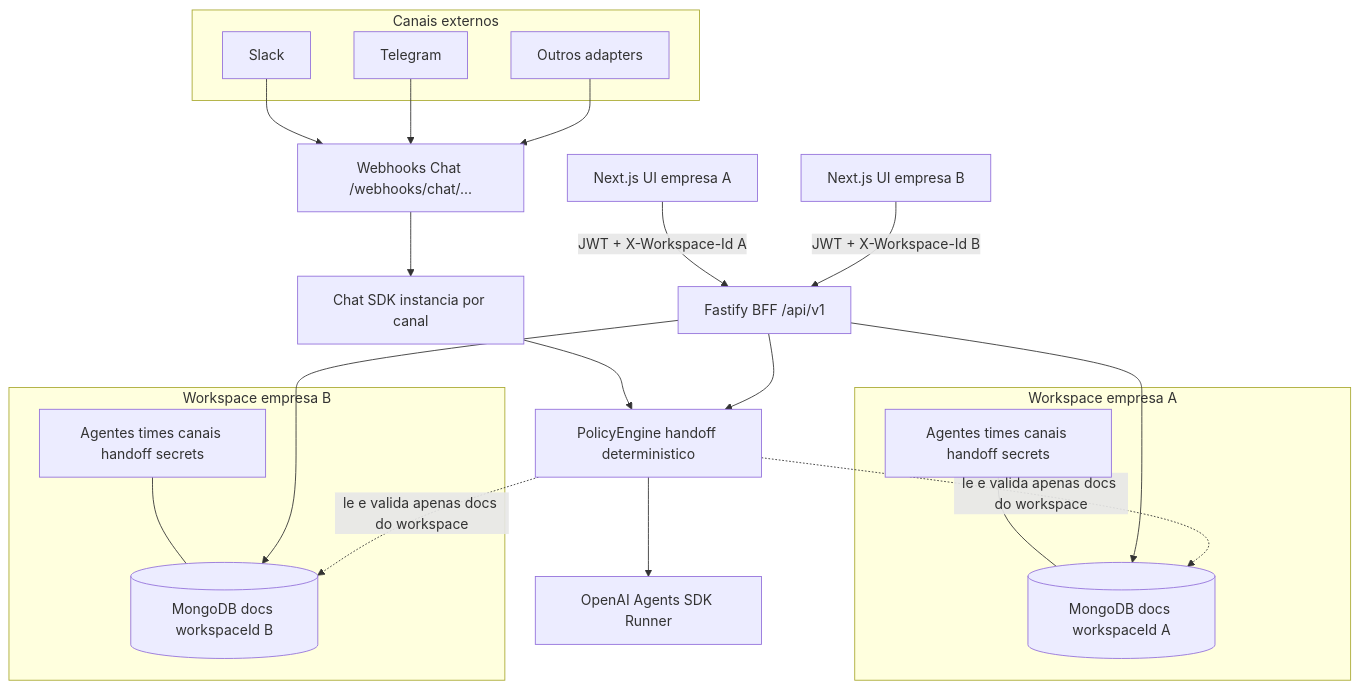
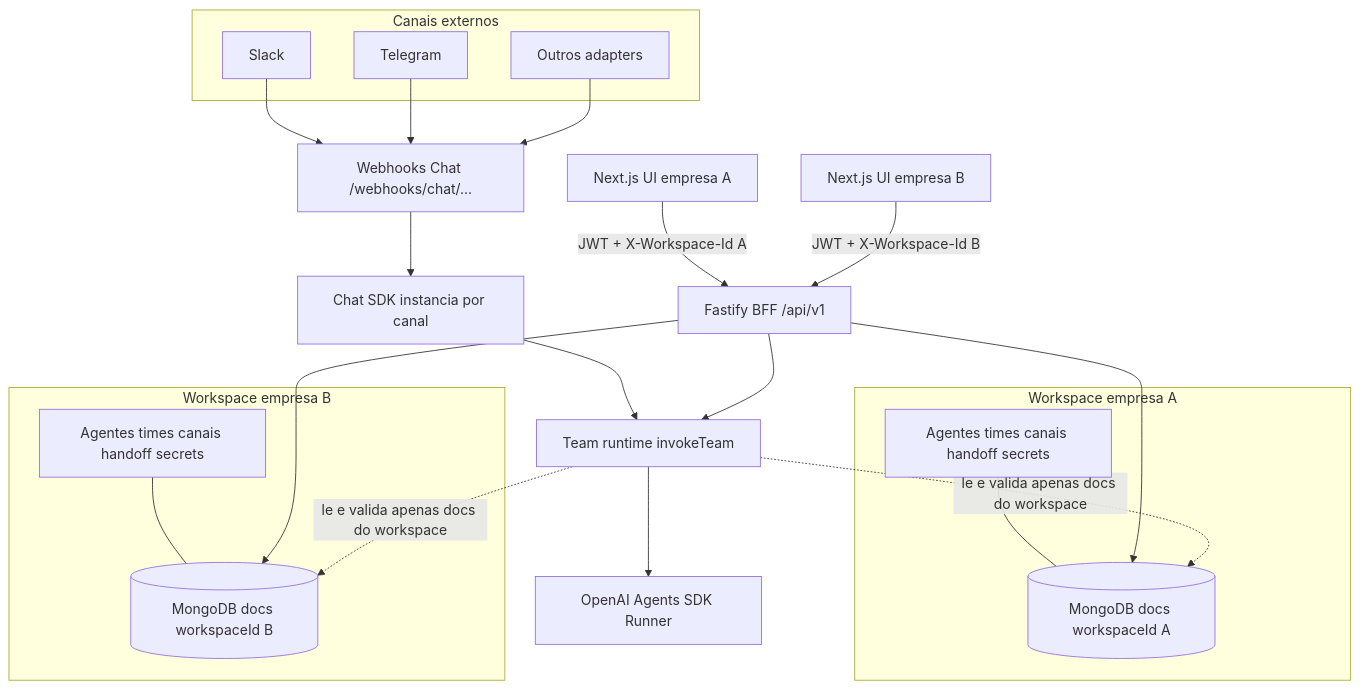
Before and after one commit to whitebeardit/agents-team-crafter: the diagram in v0-team-ai-crafter/docs/AGENTS.md, drawn with Mermaid. The commit also changed other lines of this file and 67 other files, not shown here.

First line of the commit message:
refactor(runtime): remove handoff DSL legacy, add team-runtime module

````diff
--- a/v0-team-ai-crafter/docs/AGENTS.md
+++ b/v0-team-ai-crafter/docs/AGENTS.md
@@ -33,50 +33,50 @@
 ```mermaid
 flowchart TB
   subgraph extChannels [Canais externos]
     Slack[Slack]
     Telegram[Telegram]
     Other[Outros adapters]
   end
 
   subgraph tenantA [Workspace empresa A]
     MongoA[(MongoDB docs workspaceId A)]
     ConfigA[Agentes times canais handoff secrets]
     ConfigA --- MongoA
   end
 
   subgraph tenantB [Workspace empresa B]
     MongoB[(MongoDB docs workspaceId B)]
     ConfigB[Agentes times canais handoff secrets]
     ConfigB --- MongoB
   end
 
   FrontendA[Next.js UI empresa A]
   FrontendB[Next.js UI empresa B]
 
   Api[Fastify BFF /api/v1]
 
   WebhookIngress[Webhooks Chat /webhooks/chat/...]
 
   ChatSDK[Chat SDK instancia por canal]
-  PolicyHandoff[PolicyEngine handoff deterministico]
+  TeamRuntime[Team runtime invokeTeam]
   OpenAIAgentsSDK[OpenAI Agents SDK Runner]
 
   FrontendA -->|"JWT + X-Workspace-Id A"| Api
   FrontendB -->|"JWT + X-Workspace-Id B"| Api
 
   Api --> MongoA
   Api --> MongoB
 
   Slack --> WebhookIngress
   Telegram --> WebhookIngress
   Other --> WebhookIngress
 
   WebhookIngress --> ChatSDK
-  ChatSDK --> PolicyHandoff
-  PolicyHandoff --> OpenAIAgentsSDK
+  ChatSDK --> TeamRuntime
+  TeamRuntime --> OpenAIAgentsSDK
 
-  Api --> PolicyHandoff
+  Api --> TeamRuntime
 
-  PolicyHandoff -.->|le e valida apenas docs do workspace| MongoA
-  PolicyHandoff -.->|le e valida apenas docs do workspace| MongoB
+  TeamRuntime -.->|le e valida apenas docs do workspace| MongoA
+  TeamRuntime -.->|le e valida apenas docs do workspace| MongoB
 ```
````
